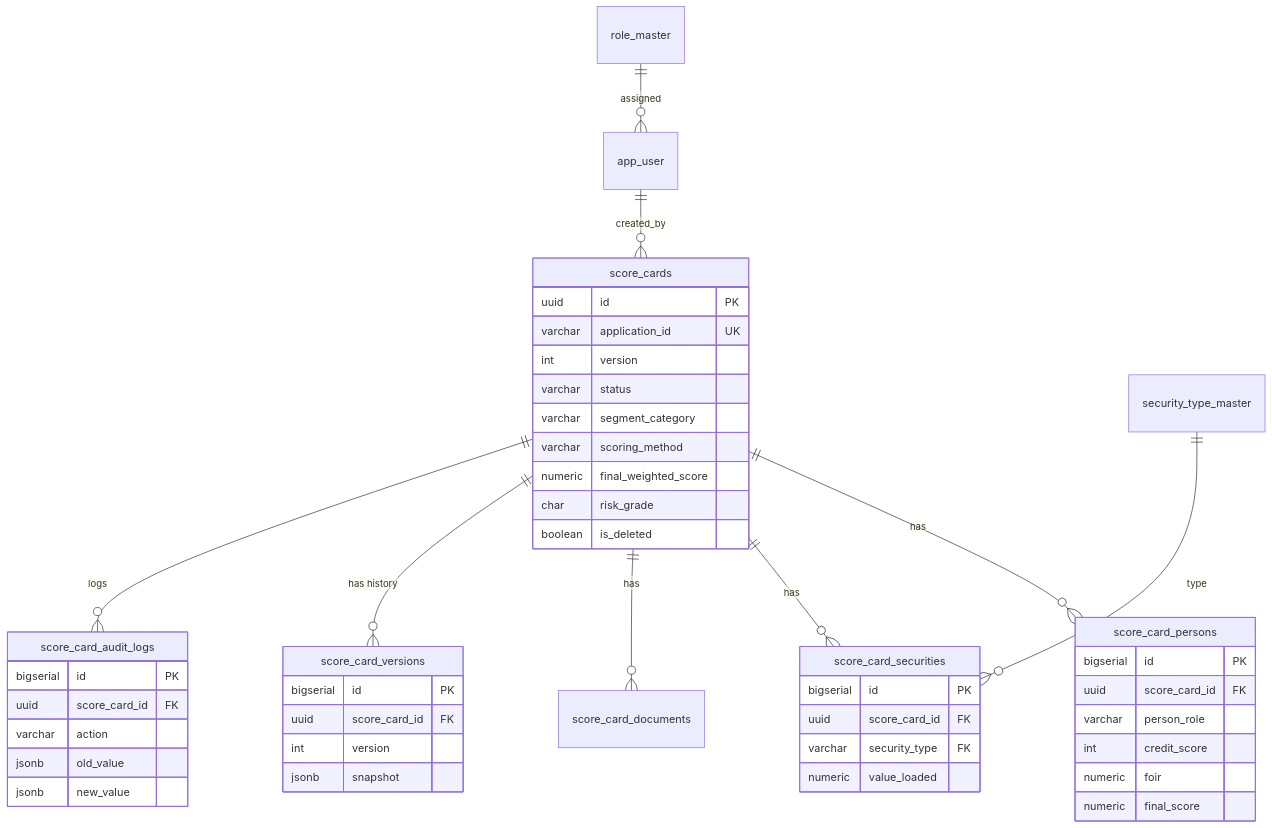
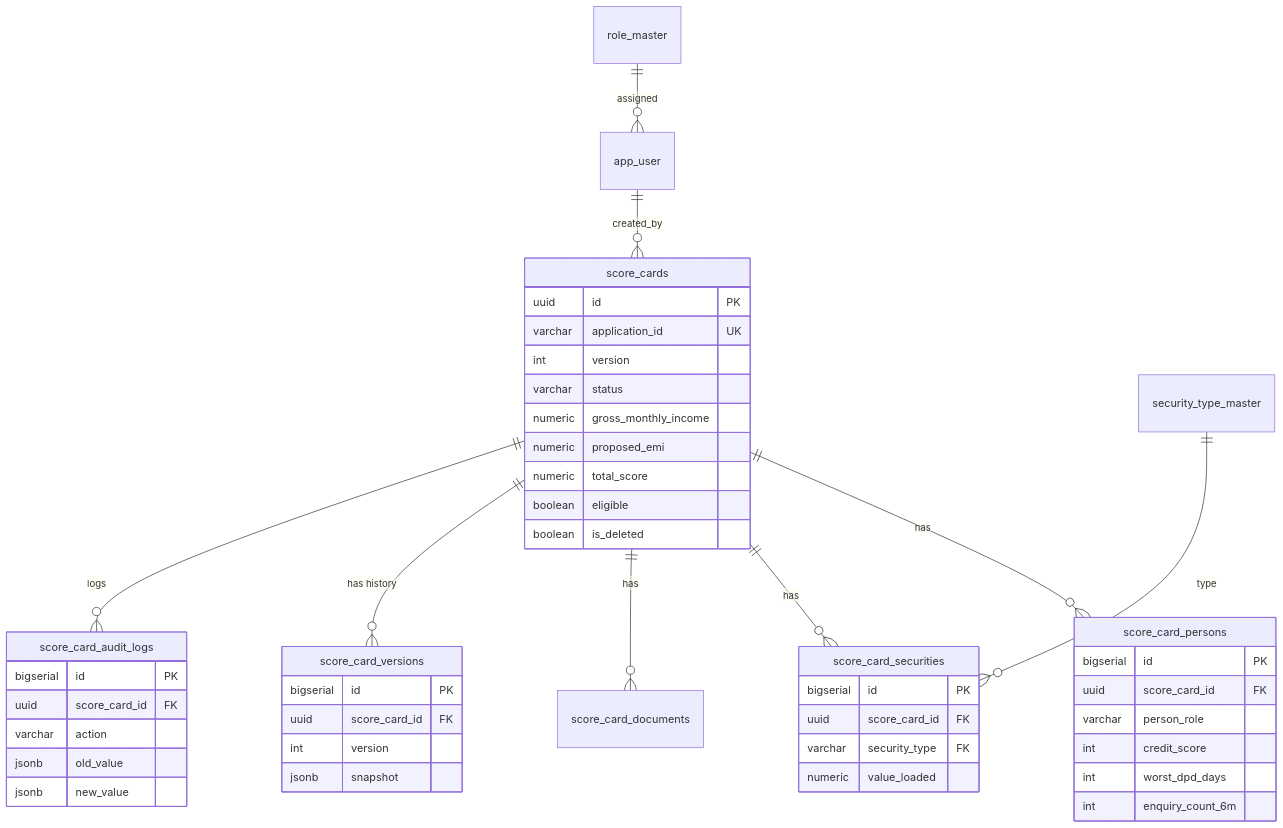
The second of 4 diagrams in DOCUMENTATION.md (NYXABRAXAS/scorecard), drawn with Mermaid before and after one commit. The commit also changed other lines of this file and 13 other files, not shown here.

````diff
--- a/DOCUMENTATION.md
+++ b/DOCUMENTATION.md
@@ -135,50 +147,50 @@
 ```mermaid
 erDiagram
   score_cards ||--o{ score_card_persons : "has"
   score_cards ||--o{ score_card_securities : "has"
   score_cards ||--o{ score_card_documents : "has"
   score_cards ||--o{ score_card_versions : "has history"
   score_cards ||--o{ score_card_audit_logs : "logs"
   role_master ||--o{ app_user : "assigned"
   app_user ||--o{ score_cards : "created_by"
   security_type_master ||--o{ score_card_securities : "type"
 
   score_cards {
     uuid id PK
     varchar application_id UK
     int version
     varchar status
-    varchar segment_category
-    varchar scoring_method
-    numeric final_weighted_score
-    char risk_grade
+    numeric gross_monthly_income
+    numeric proposed_emi
+    numeric total_score
+    boolean eligible
     boolean is_deleted
   }
   score_card_persons {
     bigserial id PK
     uuid score_card_id FK
     varchar person_role
     int credit_score
-    numeric foir
-    numeric final_score
+    int worst_dpd_days
+    int enquiry_count_6m
   }
   score_card_securities {
     bigserial id PK
     uuid score_card_id FK
     varchar security_type FK
     numeric value_loaded
   }
   score_card_versions {
     bigserial id PK
     uuid score_card_id FK
     int version
     jsonb snapshot
   }
   score_card_audit_logs {
     bigserial id PK
     uuid score_card_id FK
     varchar action
     jsonb old_value
     jsonb new_value
   }
 ```
````
